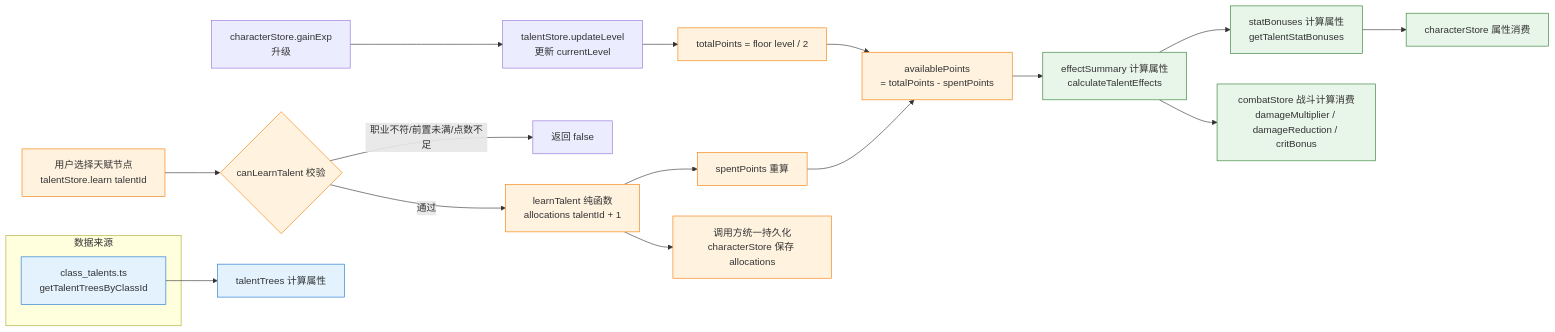
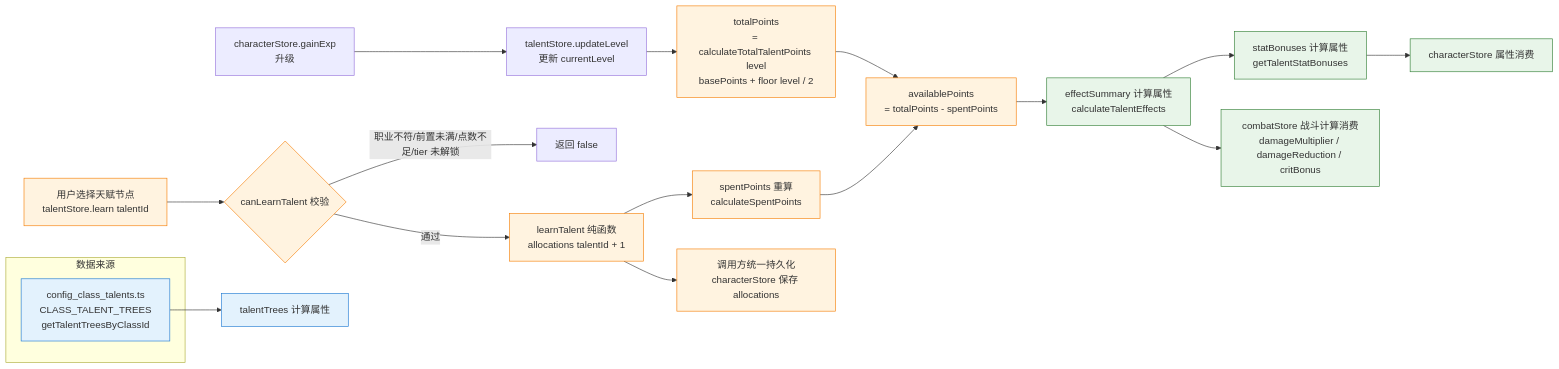
Before and after one commit to SonDemigods/wow_dnd: the tenth of 17 diagrams in doc/project/DATA_FLOW.md, drawn with Mermaid. The commit also changed other lines of this file and 4 other files, not shown here.

````diff
--- a/doc/project/DATA_FLOW.md
+++ b/doc/project/DATA_FLOW.md
@@ -534,33 +556,33 @@
 ```mermaid
 flowchart LR
     %% 天赋树：升级获点 → 分配 → 效果回灌
     LevelUp[characterStore.gainExp<br/>升级] --> UpdateLevel[talentStore.updateLevel<br/>更新 currentLevel]
-    UpdateLevel --> Total[totalPoints = floor level / 2]
+    UpdateLevel --> Total[totalPoints<br/>= calculateTotalTalentPoints level<br/>basePoints + floor level / 2]
     Total --> Available[availablePoints<br/>= totalPoints - spentPoints]
 
     Learn[用户选择天赋节点<br/>talentStore.learn talentId] --> CanLearn{canLearnTalent 校验}
-    CanLearn -- 职业不符/前置未满/点数不足 --> Fail[返回 false]
+    CanLearn -- 职业不符/前置未满/点数不足/tier 未解锁 --> Fail[返回 false]
     CanLearn -- 通过 --> Apply[learnTalent 纯函数<br/>allocations talentId + 1]
-    Apply --> Spent[spentPoints 重算]
+    Apply --> Spent[spentPoints 重算<br/>calculateSpentPoints]
     Spent --> Available
 
     Available --> EffectSummary[effectSummary 计算属性<br/>calculateTalentEffects]
     EffectSummary --> StatBonus[statBonuses 计算属性<br/>getTalentStatBonuses]
     StatBonus --> CharS[characterStore 属性消费]
     EffectSummary --> Combat[combatStore 战斗计算消费<br/>damageMultiplier / damageReduction / critBonus]
 
     subgraph 数据来源
-        Trees[class_talents.ts<br/>getTalentTreesByClassId]
+        Trees[config_class_talents.ts<br/>CLASS_TALENT_TREES<br/>getTalentTreesByClassId]
     end
     Trees --> TalentTrees[talentTrees 计算属性]
 
     Persist[调用方统一持久化<br/>characterStore 保存 allocations]
     Apply --> Persist
 
     classDef source fill:#e3f2fd,stroke:#1976d2
     classDef alloc fill:#fff3e0,stroke:#f57c00
     classDef effect fill:#e8f5e9,stroke:#2e7d32
     class Trees,TalentTrees source
     class Learn,CanLearn,Apply,Spent,Persist,Total,Available alloc
     class EffectSummary,StatBonus,CharS,Combat effect
 ```
````
